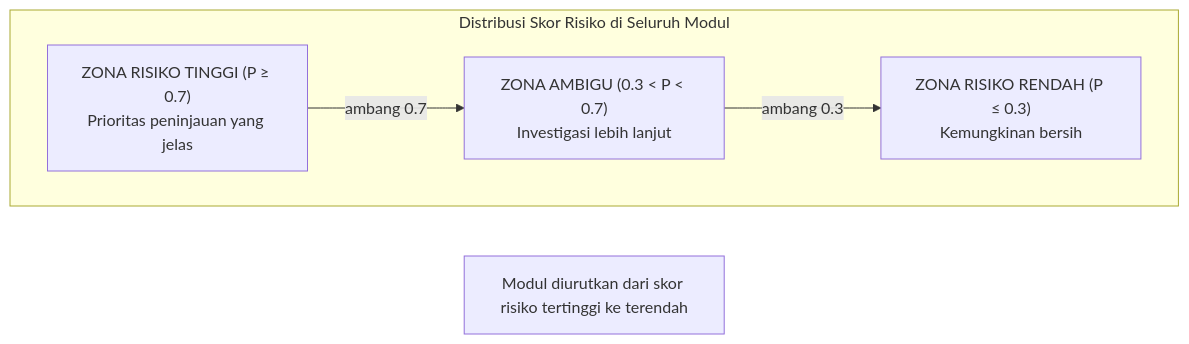
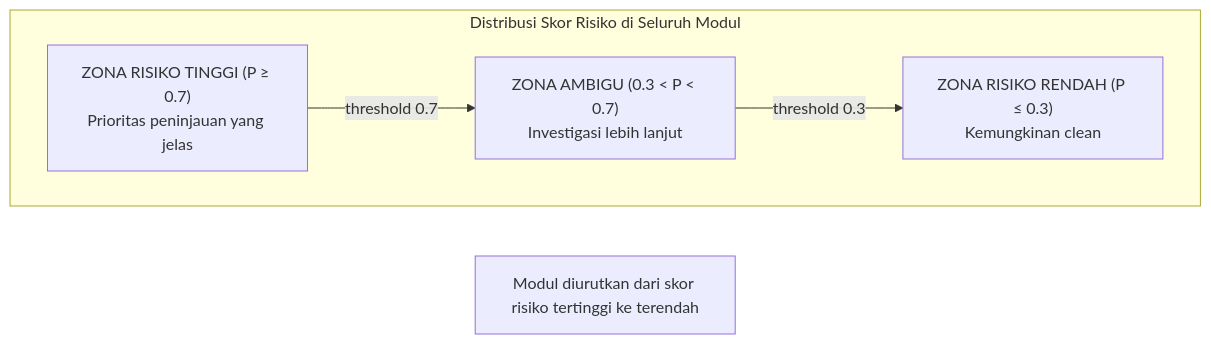
Before and after one commit to se-polinema/se-polinema.github.io: the fourth of 4 diagrams in src/content/blog/bug-prediction-php.md, drawn with Mermaid. The commit also changed other lines of this file and 29 other files, not shown here.

````diff
--- a/src/content/blog/bug-prediction-php.md
+++ b/src/content/blog/bug-prediction-php.md
@@ -1256,9 +1256,9 @@
 ```mermaid
 graph TB
     subgraph RD["Distribusi Skor Risiko di Seluruh Modul"]
         direction LR
-        H["ZONA RISIKO TINGGI (P ≥ 0.7)<br/>Prioritas peninjauan yang jelas"] -->|"ambang 0.7"| A["ZONA AMBIGU (0.3 < P < 0.7)<br/>Investigasi lebih lanjut"]
-        A -->|"ambang 0.3"| L["ZONA RISIKO RENDAH (P ≤ 0.3)<br/>Kemungkinan bersih"]
+        H["ZONA RISIKO TINGGI (P ≥ 0.7)<br/>Prioritas peninjauan yang jelas"] -->|"threshold 0.7"| A["ZONA AMBIGU (0.3 < P < 0.7)<br/>Investigasi lebih lanjut"]
+        A -->|"threshold 0.3"| L["ZONA RISIKO RENDAH (P ≤ 0.3)<br/>Kemungkinan clean"]
     end
     RD ~~~ N["Modul diurutkan dari skor risiko tertinggi ke terendah"]
 ```
````
